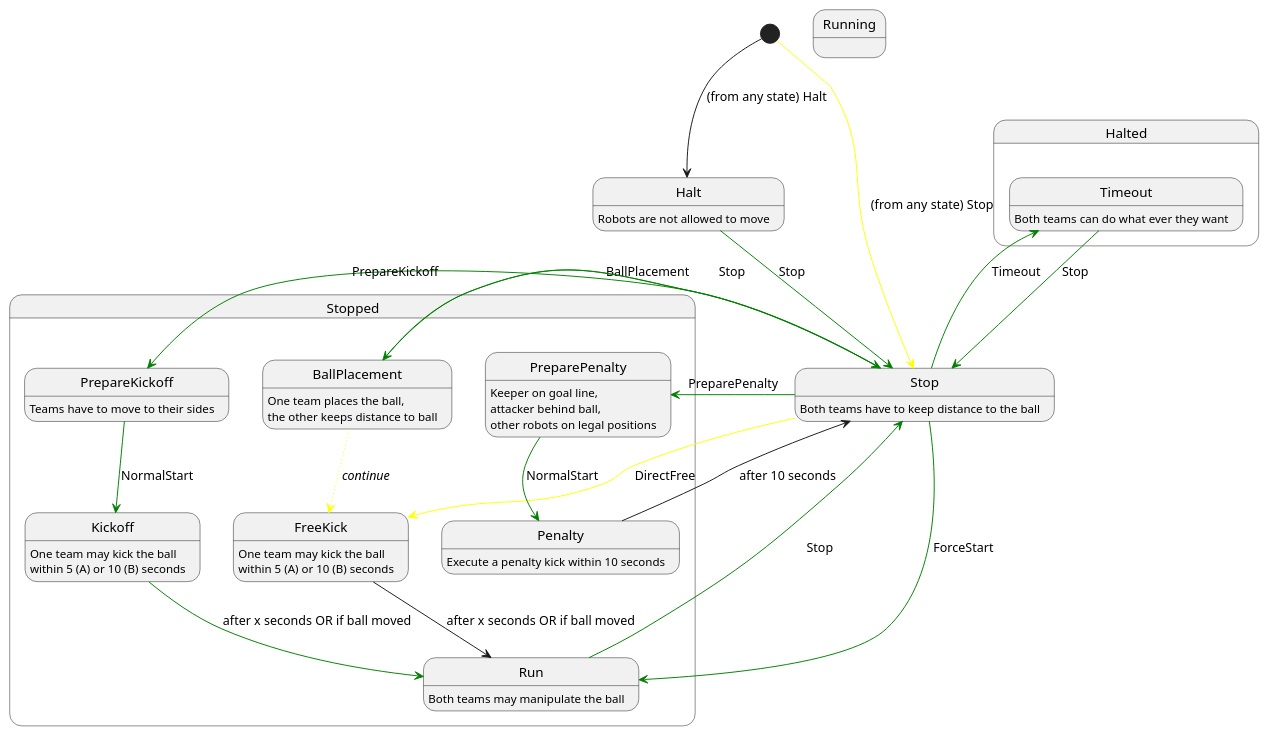
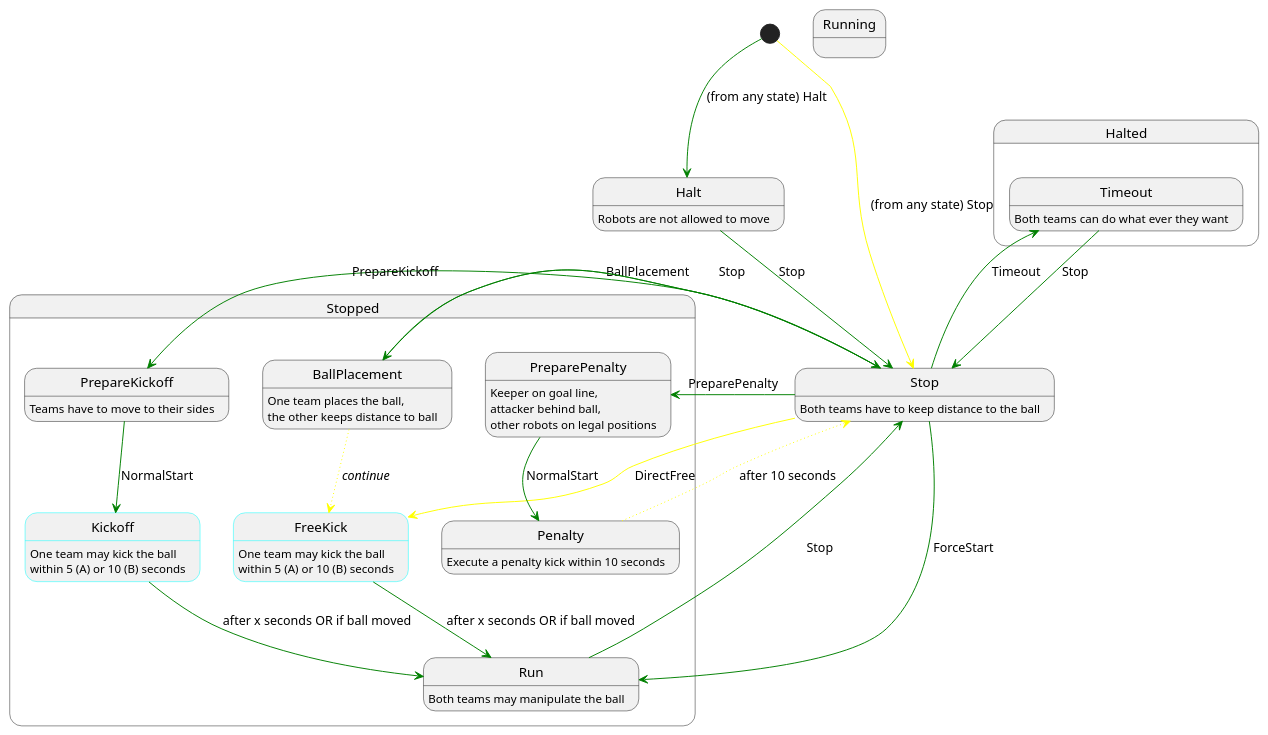
The diagram in docs/ssl_rulebook_statemachine.puml (NAMeC-team/CRAbE), drawn with PlantUML before and after one commit.

Commit message:
docs: updated implemented diagram

```diff
--- a/docs/ssl_rulebook_statemachine.puml
+++ b/docs/ssl_rulebook_statemachine.puml
@@ -1,68 +1,69 @@
 @startuml
 hide empty description
 
 'Legend
 ' - Yellow filled line : New transition from original document
 ' - Yellow dotted line : transition not implemented
-' - Green : implemented
+' - Green line : implemented
+' - Aqua outline : dynamic state
 ' - White : todo
 
 'Notes
 ' New transitions are interpreted directly
 ' from the game controller league software
 '
-' Fouls lead to a transition only during a Running state
-' (missing transition Running (big one) -> Stop ?)
-'
-' The (human) referee can choose to transition 
+' The (human) referee can choose to transition
 ' to the Stop state during any state.
 
 
-[*] --> Halt : (from any state) Halt
+[*] -[#green]-> Halt : (from any state) Halt
 [*] -[#yellow]-> Stop : (from any state) Stop
 
 state Halted {
     state Halt : Robots are not allowed to move
     Halt -[#green]-> Stop : Stop
     state Timeout : Both teams can do what ever they want
     Timeout -[#green]-> Stop : Stop
 }
 
 state Stopped {
     state Stop : Both teams have to keep distance to the ball
     Stop -[#green]-> PrepareKickoff : PrepareKickoff
     Stop -[#green]-> PreparePenalty : PreparePenalty
     Stop -[#green]-> BallPlacement : BallPlacement
     Stop -[#green]-> Timeout : Timeout
     Stop -[#green]-> Run : ForceStart
     Stop -[#yellow]-> FreeKick : DirectFree
-  
+
     state BallPlacement : One team places the ball, \nthe other keeps distance to ball
     BallPlacement -[#green]-> Stop : Stop
-    
+
     'this is a phantom transition
     'in reality, referee sends "Stop" after a successful ball placement
     BallPlacement -[dotted,#yellow]-> FreeKick : //continue//
-   
+
     state PrepareKickoff : Teams have to move to their sides
     PrepareKickoff -[#green]-> Kickoff : NormalStart
-   
+
     state PreparePenalty : Keeper on goal line, \nattacker behind ball, \nother robots on legal positions
     PreparePenalty -[#green]-> Penalty : NormalStart
 }
 
 state Running {
-    state Kickoff : One team may kick the ball \nwithin 5 (A) or 10 (B) seconds
+    state Kickoff ##aqua : One team may kick the ball \nwithin 5 (A) or 10 (B) seconds
     Kickoff -[#green]-> Run : after x seconds OR if ball moved
-   
-    state FreeKick : One team may kick the ball \nwithin 5 (A) or 10 (B) seconds
-    FreeKick --> Run : after x seconds OR if ball moved
-   
+
+    state FreeKick ##aqua : One team may kick the ball \nwithin 5 (A) or 10 (B) seconds
+    FreeKick -[#green]-> Run : after x seconds OR if ball moved
+
     state Penalty : Execute a penalty kick within 10 seconds
-    Penalty --> Stop : after 10 seconds
+
+    'referee sends "Stop" when a penalty kick fails
+    'on a possible goal, game is Halted anyway
+    Penalty -[dotted,#yellow]-> Stop : after 10 seconds
    
     state Run : Both teams may manipulate the ball
     Run -[#green]-> Stop : Stop
 }
 
 @enduml
```
